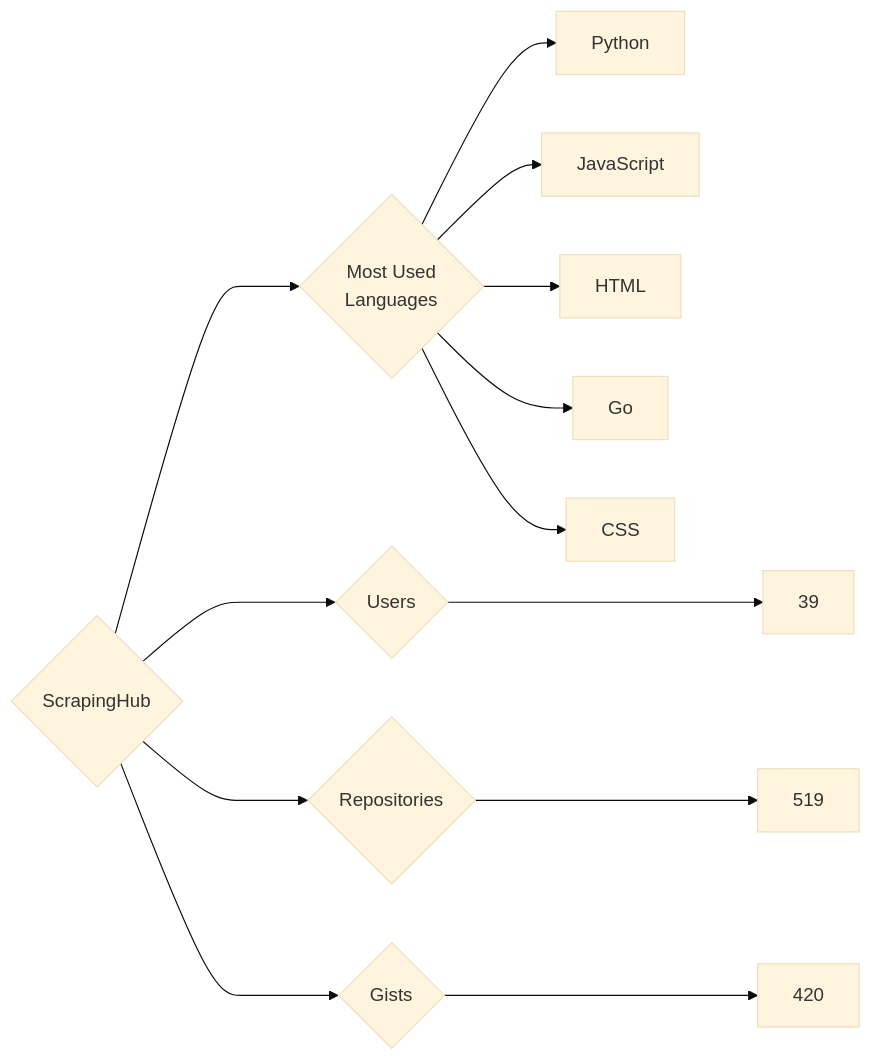
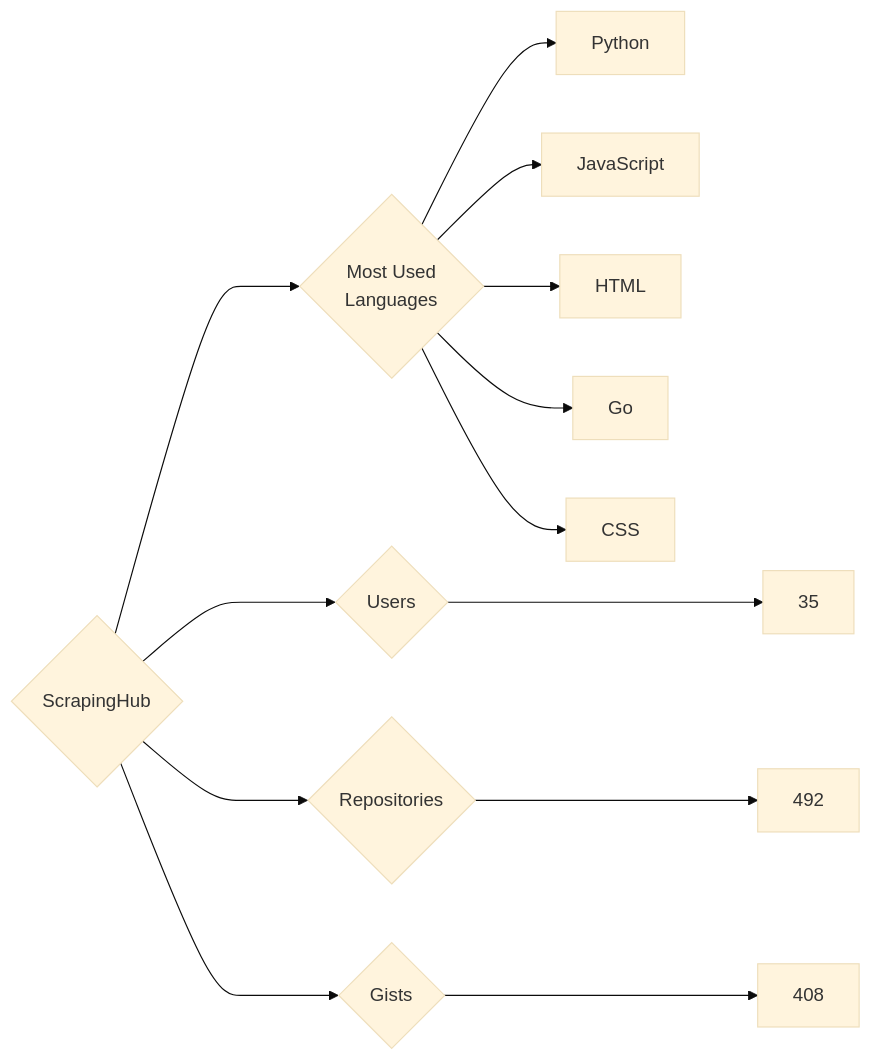
One commit to trickest/insiders changed the diagram in targets/ScrapingHub/README.md. Above: the diagram before and after it, drawn with Mermaid (base theme). The commit also changed 969 other files, not shown here.

````diff
--- a/targets/ScrapingHub/README.md
+++ b/targets/ScrapingHub/README.md
@@ -3,13 +3,13 @@
 ```mermaid
 graph LR
 COMPANY_NAME{ScrapingHub}
-COMPANY_NAME ---> U{Users} ---> UN[39]
-COMPANY_NAME ---> R{Repositories} ---> RN[519]
-COMPANY_NAME ---> G{Gists} ---> GN[420]
+COMPANY_NAME ---> U{Users} ---> UN[35]
+COMPANY_NAME ---> R{Repositories} ---> RN[492]
+COMPANY_NAME ---> G{Gists} ---> GN[408]
 COMPANY_NAME ---> ML{Most Used<br>Languages}
 ML --> Python[Python]
 ML --> JavaScript[JavaScript]
 ML --> HTML[HTML]
 ML --> Go[Go]
 ML --> CSS[CSS]
 ```
````
